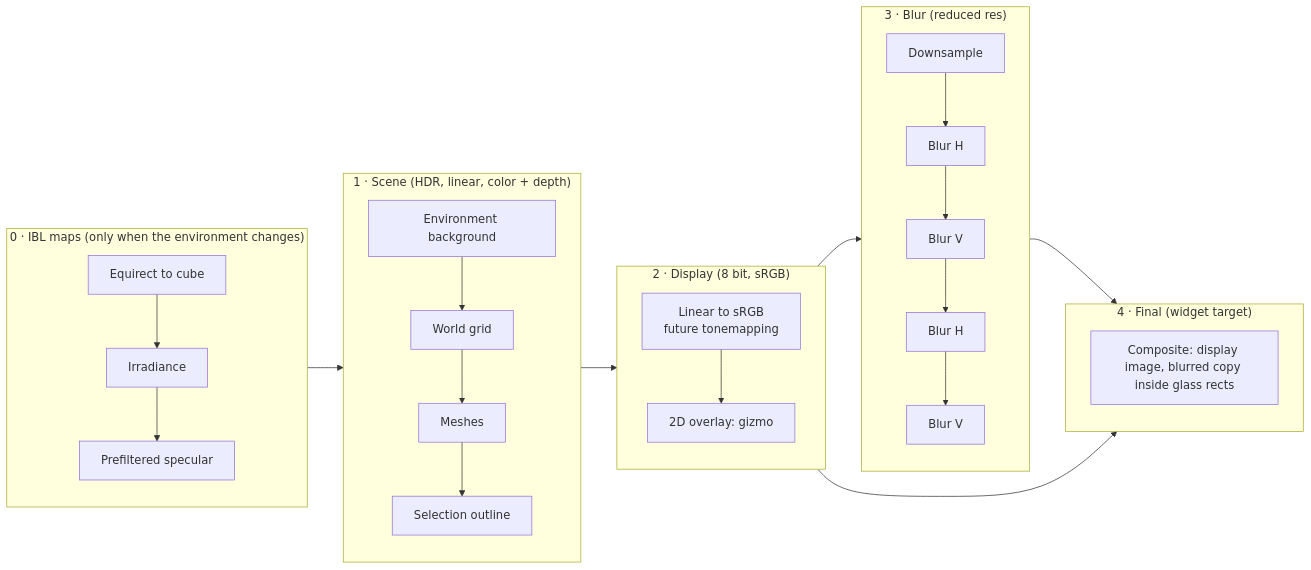
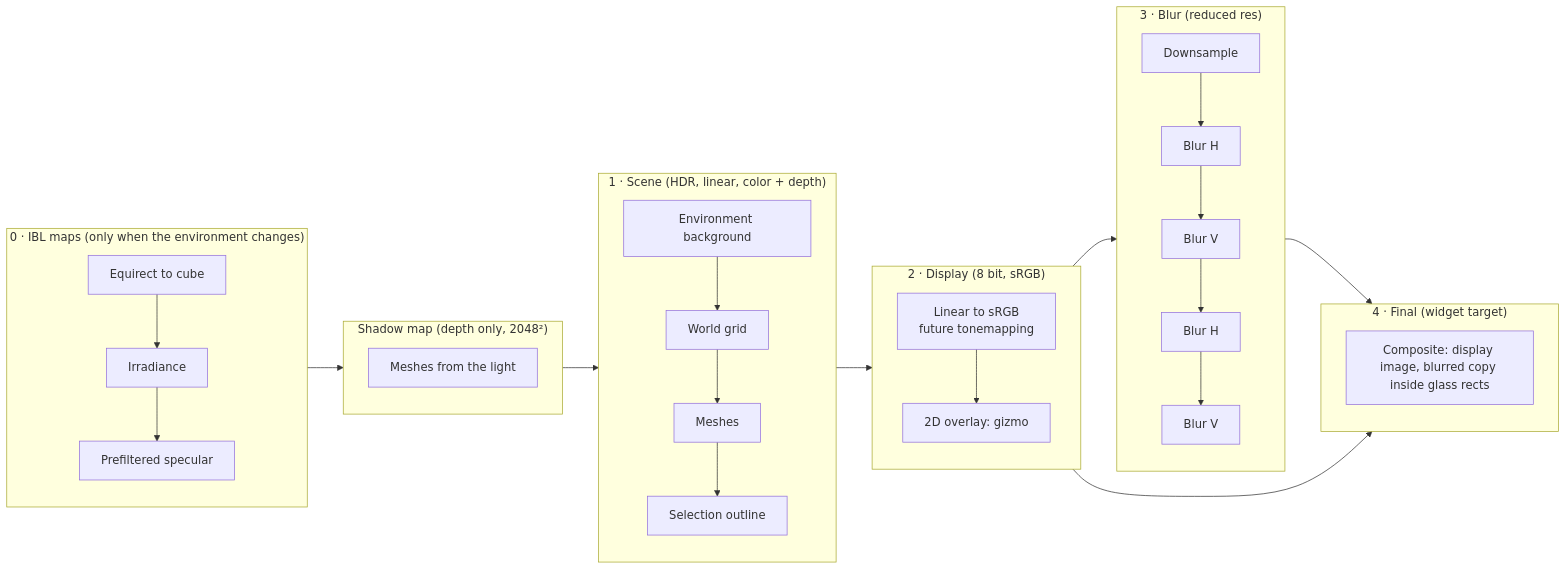
Before and after one commit to Dnurr/Lune: the diagram in docs/rendering.md, drawn with Mermaid. The commit also changed other lines of this file and 12 other files, not shown here.

First line of the commit message:
Shadow map infrastructure for the directional light

````diff
--- a/docs/rendering.md
+++ b/docs/rendering.md
@@ -18,20 +18,23 @@
 ```mermaid
 flowchart LR
     subgraph P0["0 &middot; IBL maps (only when the environment changes)"]
         conv[Equirect to cube] --> irr[Irradiance] --> pre[Prefiltered specular]
+    end
+    subgraph PS["Shadow map (depth only, 2048²)"]
+        shadow[Meshes from the light]
     end
     subgraph P1["1 &middot; Scene (HDR, linear, color + depth)"]
         bg[Environment background] --> grid[World grid] --> meshes[Meshes] --> outline[Selection outline]
     end
     subgraph P2["2 &middot; Display (8 bit, sRGB)"]
         disp[Linear to sRGB<br/>future tonemapping] --> overlay[2D overlay: gizmo]
     end
     subgraph P3["3 &middot; Blur (reduced res)"]
         down[Downsample] --> h1[Blur H] --> v1[Blur V] --> h2[Blur H] --> v2[Blur V]
     end
     subgraph P4["4 &middot; Final (widget target)"]
         comp[Composite: display image, blurred copy inside glass rects]
     end
-    P0 --> P1 --> P2 --> P3 --> P4
+    P0 --> PS --> P1 --> P2 --> P3 --> P4
     P2 --> P4
 ```
````
